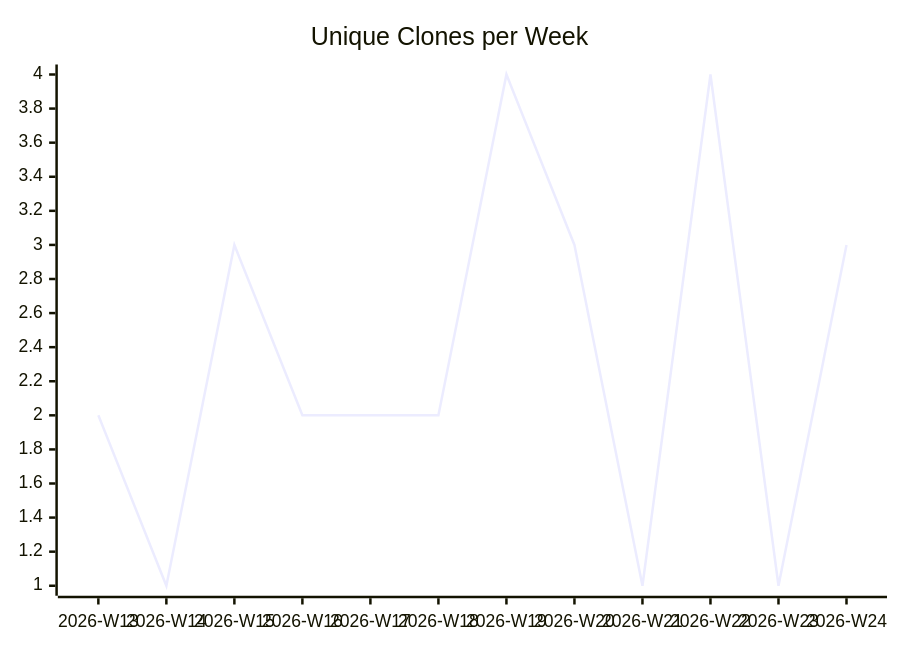
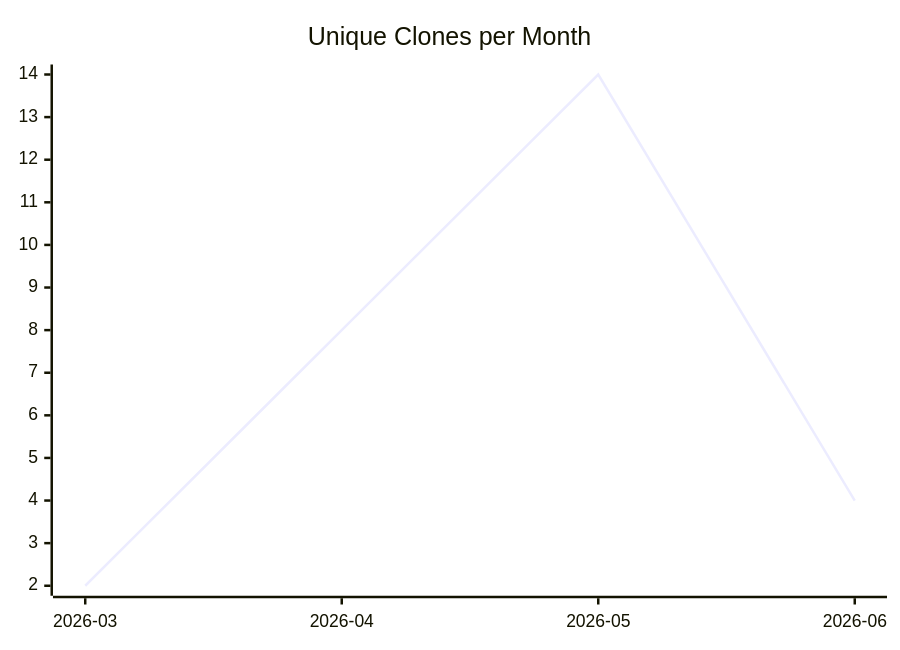
One commit to justdavis-family/github-analytics-data changed the third of 3 diagrams in karlmdavis/kobjects/README.md. Above: the diagram before and after it, drawn with Mermaid. The commit also changed other lines of this file and 198 other files, not shown here.

````diff
--- a/karlmdavis/kobjects/README.md
+++ b/karlmdavis/kobjects/README.md
@@ -19,6 +19,6 @@
 ```mermaid
 xychart-beta
-  title "Unique Clones per Week"
-  x-axis ["2026-W13", "2026-W14", "2026-W15", "2026-W16", "2026-W17", "2026-W18", "2026-W19", "2026-W20", "2026-W21", "2026-W22", "2026-W23", "2026-W24"]
-  line [2, 1, 3, 2, 2, 2, 4, 3, 1, 4, 1, 3]
+  title "Unique Clones per Month"
+  x-axis ["2026-03", "2026-04", "2026-05", "2026-06"]
+  line [2, 8, 14, 4]
 ```
````
